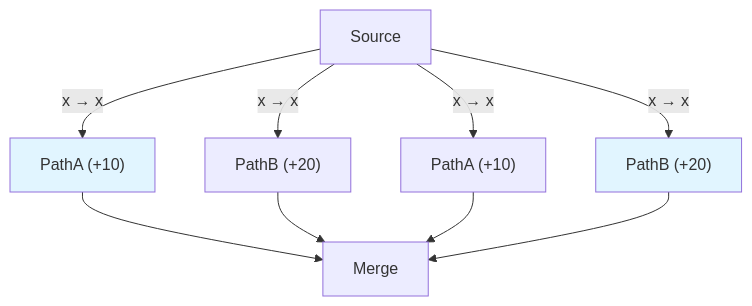
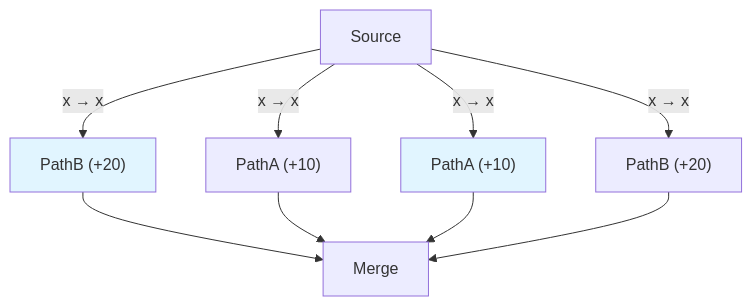
The third of 6 diagrams in README.md (briday1/graph-sp), drawn with Mermaid before and after one commit. The commit also changed other lines of this file and 3 other files, not shown here.

````diff
--- a/README.md
+++ b/README.md
@@ -261,19 +261,19 @@
 ```mermaid
 graph TD
 0["Source"]
 1["PathA (+10)"]
 2["PathB (+20)"]
 3["PathA (+10)"]
 4["PathB (+20)"]
 5["Merge"]
 0 -->|x → x| 1
 0 -->|x → x| 2
 0 -->|x → x| 3
 0 -->|x → x| 4
+2 --> 5
+3 --> 5
 1 --> 5
 4 --> 5
-3 --> 5
-2 --> 5
 style 1 fill:#e1f5ff
 style 2 fill:#e1f5ff
 ```
````
